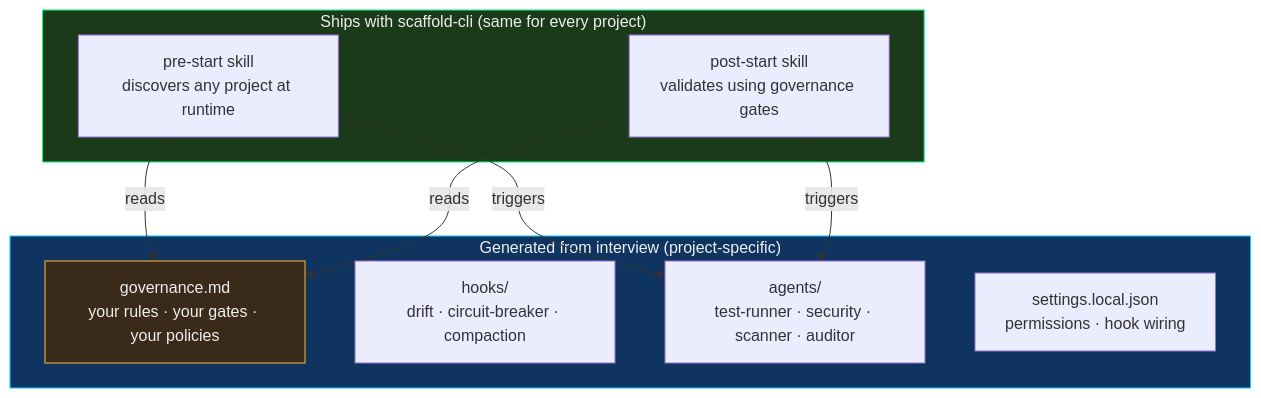
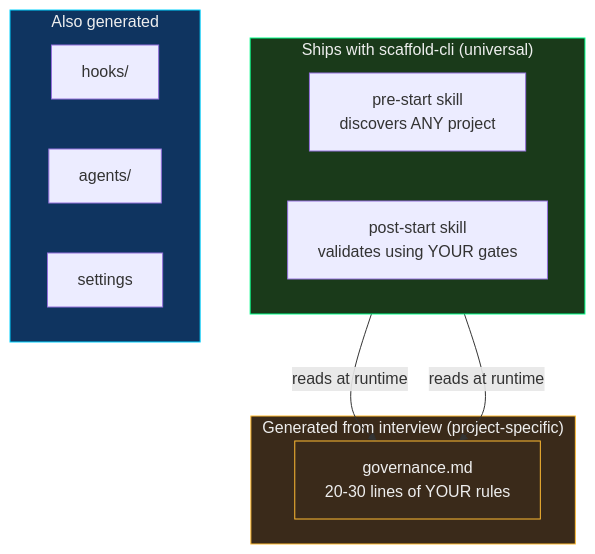
Before and after one commit to WhitehatD/crag: the first of 4 diagrams in README.md, drawn with Mermaid. The commit also changed other lines of this file and 2 other files, not shown here.

First line of the commit message:
feat: proven on example-app — universal skills discover 5-language 9-service project

````diff
--- a/README.md
+++ b/README.md
@@ -15,23 +19,26 @@
 ```mermaid
 flowchart TB
-    subgraph UNIVERSAL["Ships with scaffold-cli (same for every project)"]
-        PRE["pre-start skill\ndiscovers any project at runtime"]
-        POST["post-start skill\nvalidates using governance gates"]
+    subgraph SHIPPED["Ships with scaffold-cli (universal)"]
+        direction LR
+        PRE["pre-start skill\ndiscovers ANY project"]
+        POST["post-start skill\nvalidates using YOUR gates"]
     end
 
     subgraph GENERATED["Generated from interview (project-specific)"]
-        GOV["governance.md\nyour rules · your gates · your policies"]
-        HOOKS["hooks/\ndrift · circuit-breaker · compaction"]
-        AGENTS["agents/\ntest-runner · security · scanner · auditor"]
-        SETTINGS["settings.local.json\npermissions · hook wiring"]
+        GOV["governance.md\n20-30 lines of YOUR rules"]
     end
 
-    PRE -->|"reads"| GOV
-    POST -->|"reads"| GOV
-    PRE -->|"triggers"| AGENTS
-    POST -->|"triggers"| AGENTS
+    subgraph ALSO["Also generated"]
+        HOOKS["hooks/"]
+        AGENTS["agents/"]
+        SETTINGS["settings"]
+    end
 
-    style UNIVERSAL fill:#1a3a1a,stroke:#00ff88,color:#eee
-    style GENERATED fill:#0f3460,stroke:#00d2ff,color:#eee
+    PRE -->|"reads at runtime"| GOV
+    POST -->|"reads at runtime"| GOV
+
+    style SHIPPED fill:#1a3a1a,stroke:#00ff88,color:#eee
+    style GENERATED fill:#3a2a1a,stroke:#ffbb33,color:#eee
     style GOV fill:#3a2a1a,stroke:#ffbb33,color:#eee
+    style ALSO fill:#0f3460,stroke:#00d2ff,color:#eee
 ```
````
